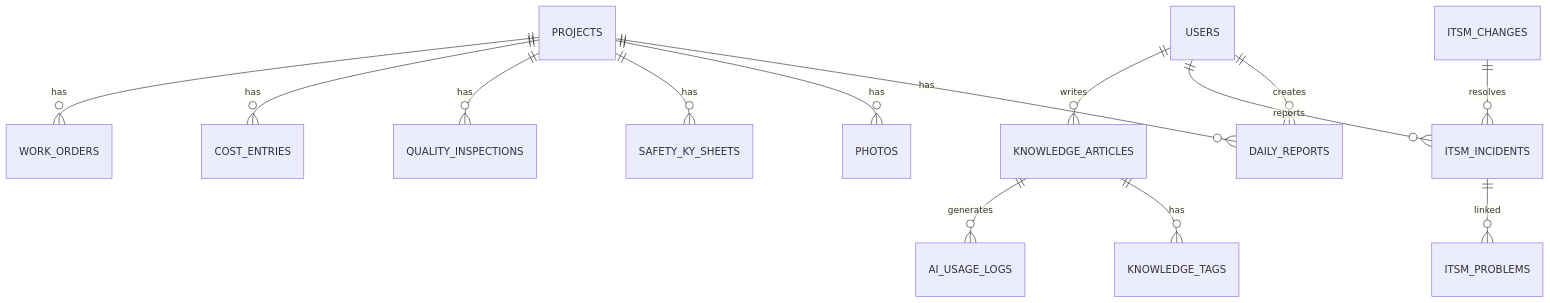
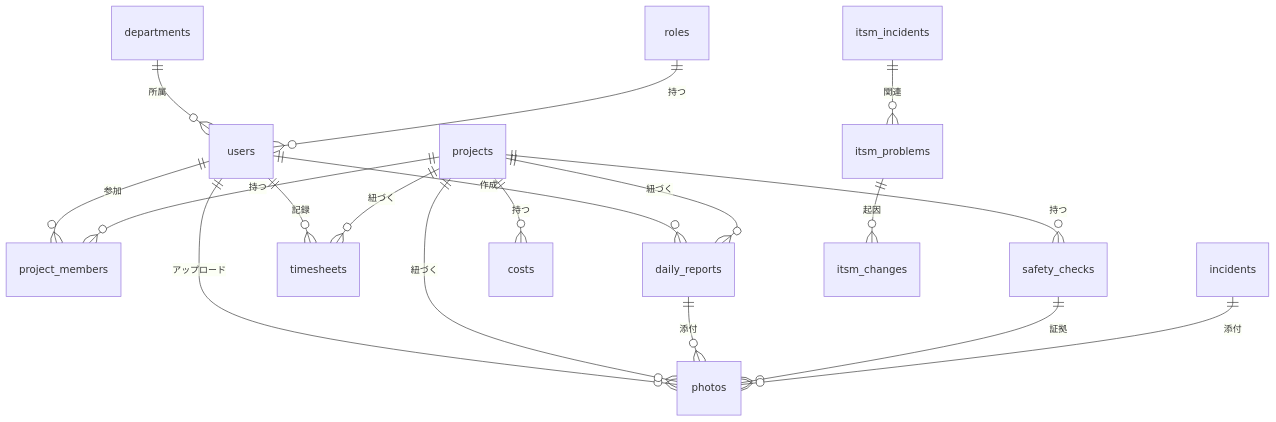
Before and after one commit to Kensan196948G/ServiceHub-Construction-Platform: the diagram in docs/10_データベース（Database）/01_ER図概要（ER Diagram Overview）.md, drawn with Mermaid. The commit also changed other lines of this file and 17 other files, not shown here.

````diff
--- a/docs/10_データベース（Database）/01_ER図概要（ER Diagram Overview）.md
+++ b/docs/10_データベース（Database）/01_ER図概要（ER Diagram Overview）.md
@@ -13,19 +32,25 @@
 ```mermaid
 erDiagram
-    PROJECTS ||--o{ DAILY_REPORTS : "has"
-    PROJECTS ||--o{ PHOTOS : "has"
-    PROJECTS ||--o{ SAFETY_KY_SHEETS : "has"
-    PROJECTS ||--o{ QUALITY_INSPECTIONS : "has"
-    PROJECTS ||--o{ COST_ENTRIES : "has"
-    PROJECTS ||--o{ WORK_ORDERS : "has"
-
-    USERS ||--o{ DAILY_REPORTS : "creates"
-    USERS ||--o{ ITSM_INCIDENTS : "reports"
-    USERS ||--o{ KNOWLEDGE_ARTICLES : "writes"
-
-    ITSM_INCIDENTS ||--o{ ITSM_PROBLEMS : "linked"
-    ITSM_CHANGES ||--o{ ITSM_INCIDENTS : "resolves"
-
-    KNOWLEDGE_ARTICLES ||--o{ KNOWLEDGE_TAGS : "has"
-    KNOWLEDGE_ARTICLES ||--o{ AI_USAGE_LOGS : "generates"
+    users ||--o{ project_members : "参加"
+    users ||--o{ daily_reports : "作成"
+    users ||--o{ photos : "アップロード"
+    users ||--o{ timesheets : "記録"
+    
+    projects ||--o{ project_members : "持つ"
+    projects ||--o{ daily_reports : "紐づく"
+    projects ||--o{ photos : "紐づく"
+    projects ||--o{ safety_checks : "持つ"
+    projects ||--o{ costs : "持つ"
+    projects ||--o{ timesheets : "紐づく"
+    
+    daily_reports ||--o{ photos : "添付"
+    
+    departments ||--o{ users : "所属"
+    roles ||--o{ users : "持つ"
+    
+    safety_checks ||--o{ photos : "証拠"
+    incidents ||--o{ photos : "添付"
+    
+    itsm_incidents ||--o{ itsm_problems : "関連"
+    itsm_problems ||--o{ itsm_changes : "起因"
 ```
````
